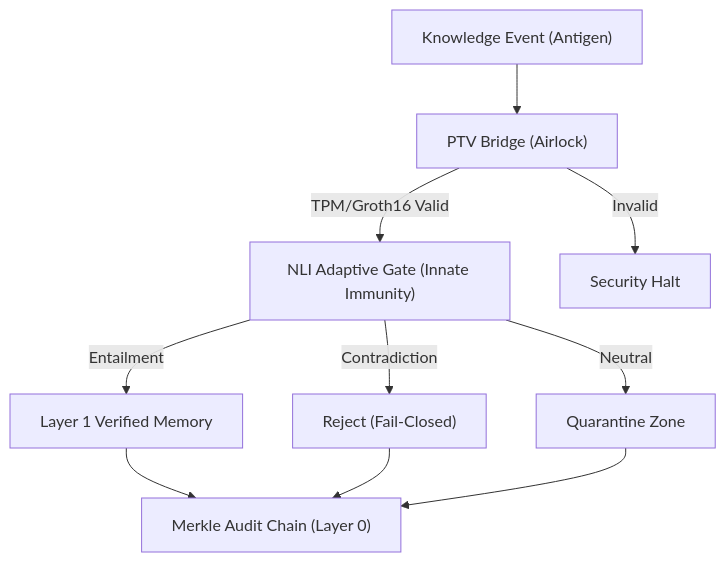
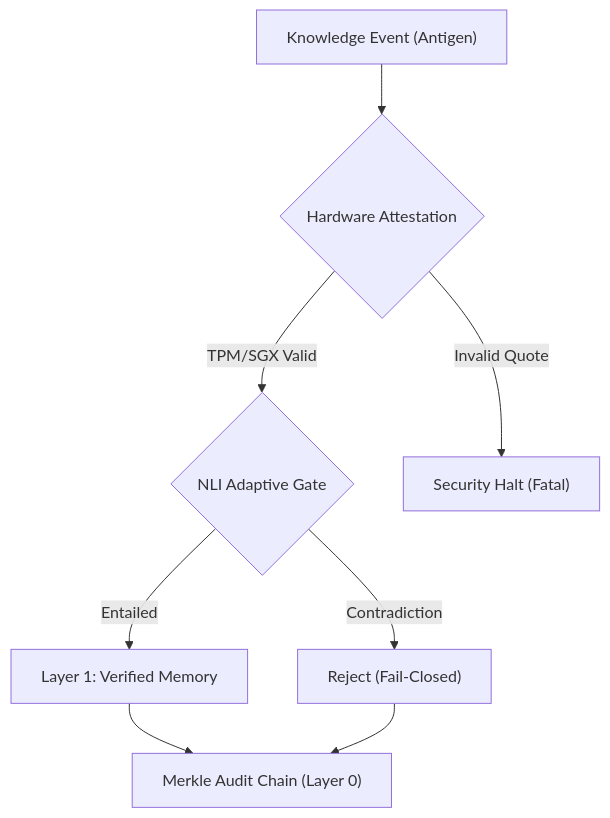
One commit to anandkrshnn/sovereign-ai-stack changed the diagram in README.md. Above: the diagram before and after it, drawn with Mermaid. The commit also changed other lines of this file and 29 other files, not shown here.

````diff
--- a/README.md
+++ b/README.md
@@ -28,12 +30,10 @@
 ```mermaid
 flowchart TD
-    A["Knowledge Event (Antigen)"] --> B["PTV Bridge (Airlock)"]
-    B -->|TPM/Groth16 Valid| C["NLI Adaptive Gate (Innate Immunity)"]
-    B -->|Invalid| X["Security Halt"]
-    C -->|Entailment| D["Layer 1 Verified Memory"]
+    A["Knowledge Event (Antigen)"] --> B{"Hardware Attestation"}
+    B -->|TPM/SGX Valid| C{"NLI Adaptive Gate"}
+    B -->|Invalid Quote| X["Security Halt (Fatal)"]
+    C -->|Entailed| D["Layer 1: Verified Memory"]
     C -->|Contradiction| E["Reject (Fail-Closed)"]
-    C -->|Neutral| F["Quarantine Zone"]
     D --> G["Merkle Audit Chain (Layer 0)"]
     E --> G
-    F --> G
 ```
````
